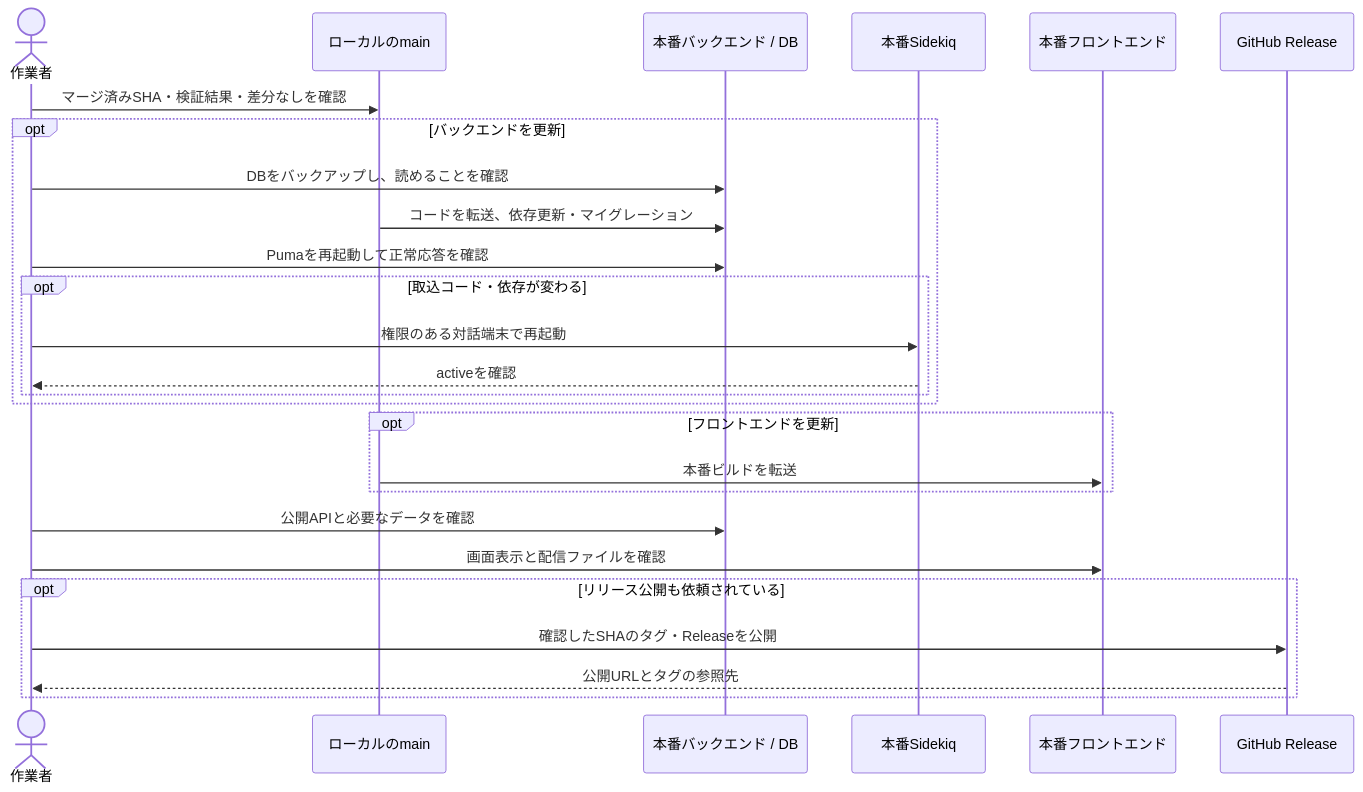
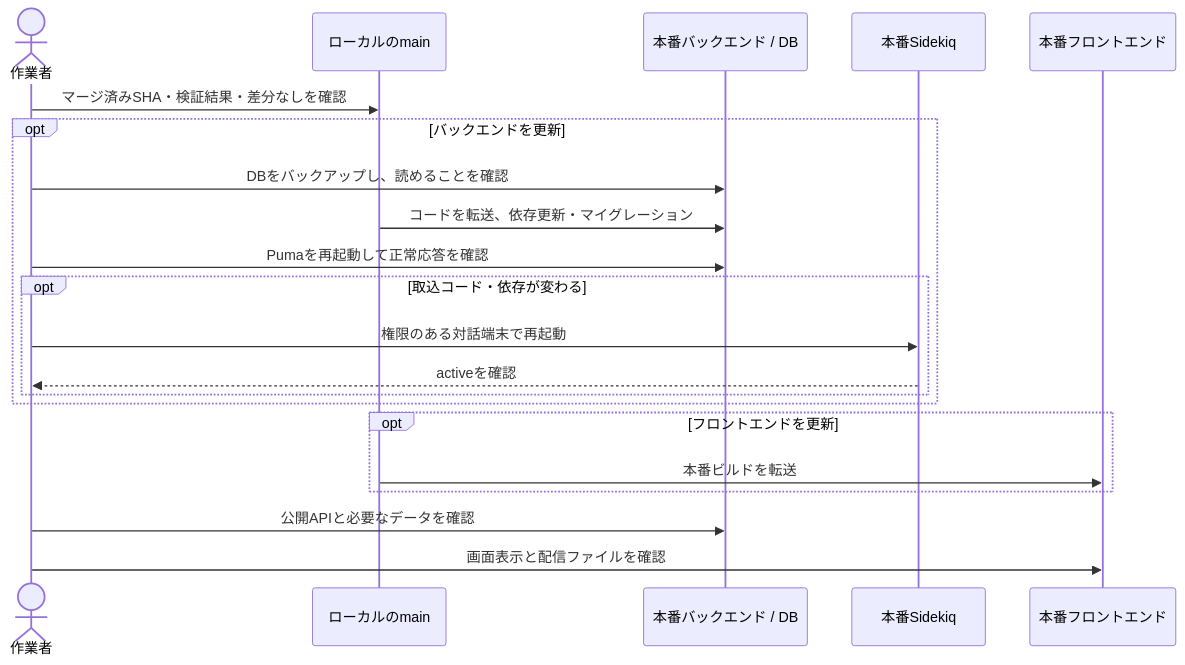
One commit to shin4488/financial-statement changed the third of 3 diagrams in docs/guide/05_development_operations.md. Above: the diagram before and after it, drawn with Mermaid. The commit also changed other lines of this file and 6 other files, not shown here.

````diff
--- a/docs/guide/05_development_operations.md
+++ b/docs/guide/05_development_operations.md
@@ -128,28 +100,23 @@
 ```mermaid
 sequenceDiagram
     actor D as 作業者
     participant L as ローカルのmain
     participant B as 本番バックエンド / DB
     participant J as 本番Sidekiq
     participant F as 本番フロントエンド
-    participant G as GitHub Release
     D->>L: マージ済みSHA・検証結果・差分なしを確認
     opt バックエンドを更新
         D->>B: DBをバックアップし、読めることを確認
         L->>B: コードを転送、依存更新・マイグレーション
         D->>B: Pumaを再起動して正常応答を確認
         opt 取込コード・依存が変わる
             D->>J: 権限のある対話端末で再起動
             J-->>D: activeを確認
         end
     end
     opt フロントエンドを更新
         L->>F: 本番ビルドを転送
     end
     D->>B: 公開APIと必要なデータを確認
     D->>F: 画面表示と配信ファイルを確認
-    opt リリース公開も依頼されている
-        D->>G: 確認したSHAのタグ・Releaseを公開
-        G-->>D: 公開URLとタグの参照先
-    end
 ```
````
